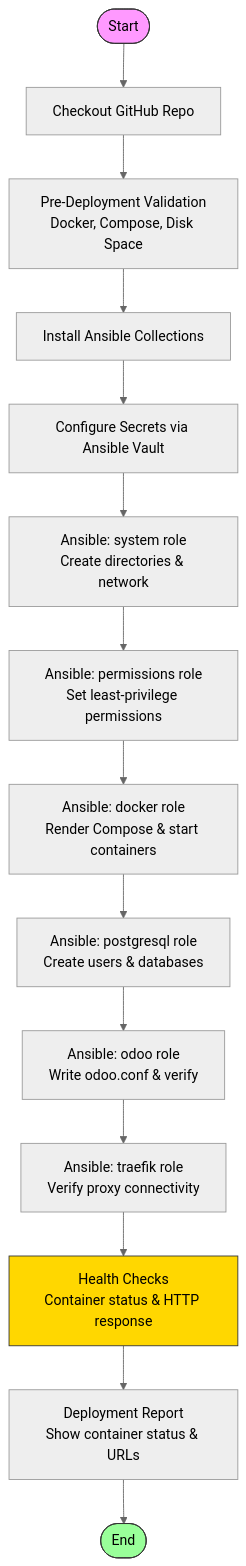
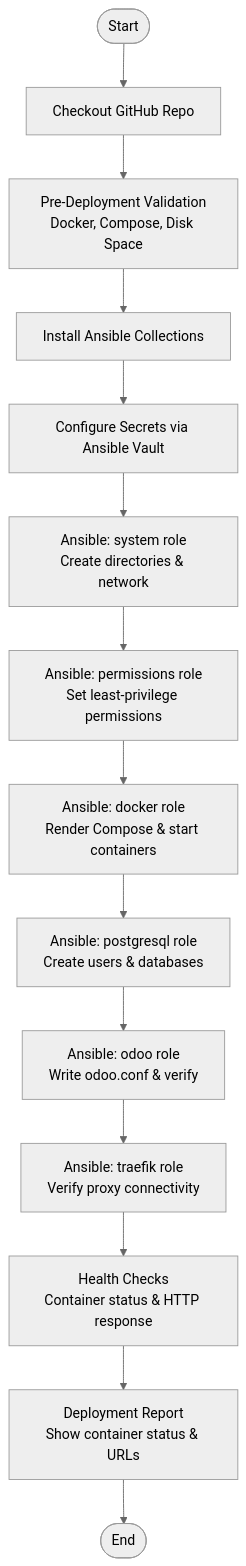
One commit to abdalazeim/DevOpsInfrastructureOdoo changed the first of 5 diagrams in Infrastructure-manage-T/deployment/Odoo-MultiVersion-Deployment/README.md. Above: the diagram before and after it, drawn with Mermaid (neutral theme). The commit also changed other lines of this file and 57 other files, not shown here.

````diff
--- a/Infrastructure-manage-T/deployment/Odoo-MultiVersion-Deployment/README.md
+++ b/Infrastructure-manage-T/deployment/Odoo-MultiVersion-Deployment/README.md
@@ -133,20 +112,16 @@
 ```mermaid
 flowchart TD
     Start([Start]) --> Checkout[Checkout GitHub Repo]
     Checkout --> Validate[Pre-Deployment Validation<br/>Docker, Compose, Disk Space]
     Validate --> AnsibleGalaxy[Install Ansible Collections]
     AnsibleGalaxy --> Secrets[Configure Secrets via Ansible Vault]
     Secrets --> SystemRole[Ansible: system role<br/>Create directories & network]
     SystemRole --> PermRole[Ansible: permissions role<br/>Set least-privilege permissions]
     PermRole --> DockerRole[Ansible: docker role<br/>Render Compose & start containers]
     DockerRole --> PGRole[Ansible: postgresql role<br/>Create users & databases]
     PGRole --> OdooRole[Ansible: odoo role<br/>Write odoo.conf & verify]
     OdooRole --> TraefikRole[Ansible: traefik role<br/>Verify proxy connectivity]
     TraefikRole --> Health[Health Checks<br/>Container status & HTTP response]
     Health --> Report[Deployment Report<br/>Show container status & URLs]
     Report --> End([End])
-
-    style Start fill:#f9f,stroke:#333
-    style End fill:#9f9,stroke:#333
-    style Health fill:#ffd700,stroke:#333
 ```
````
